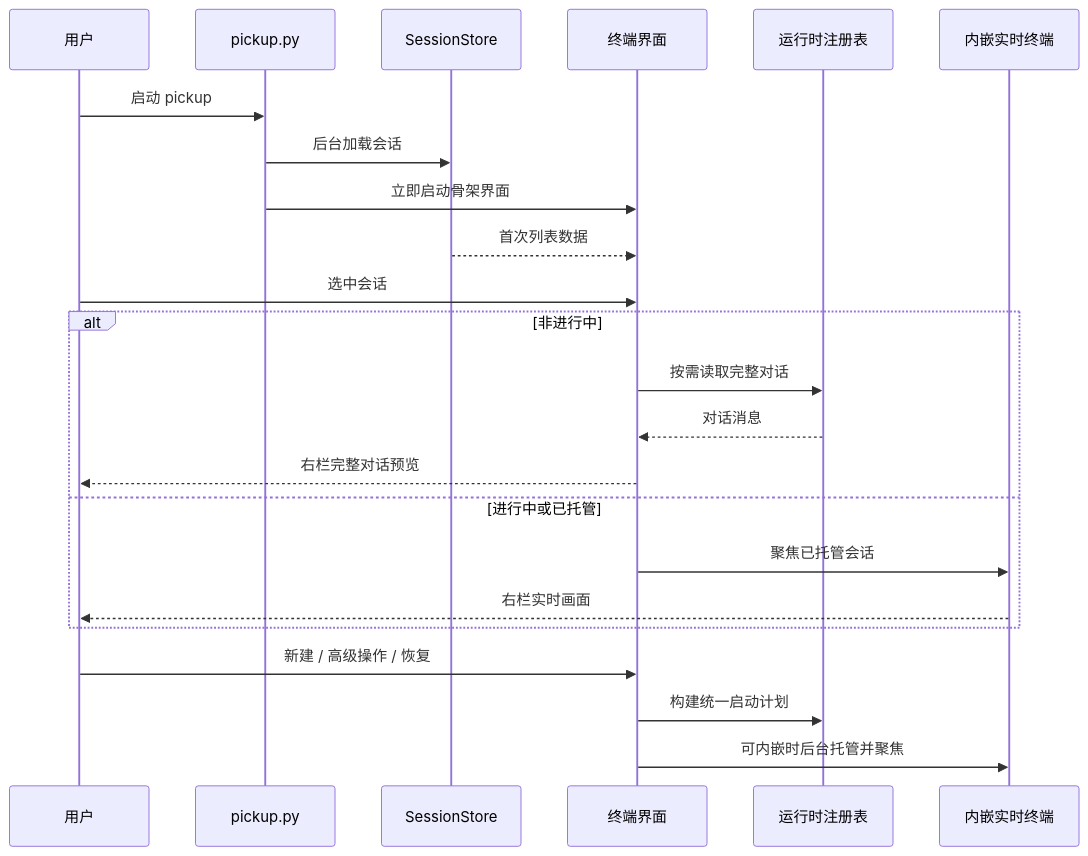
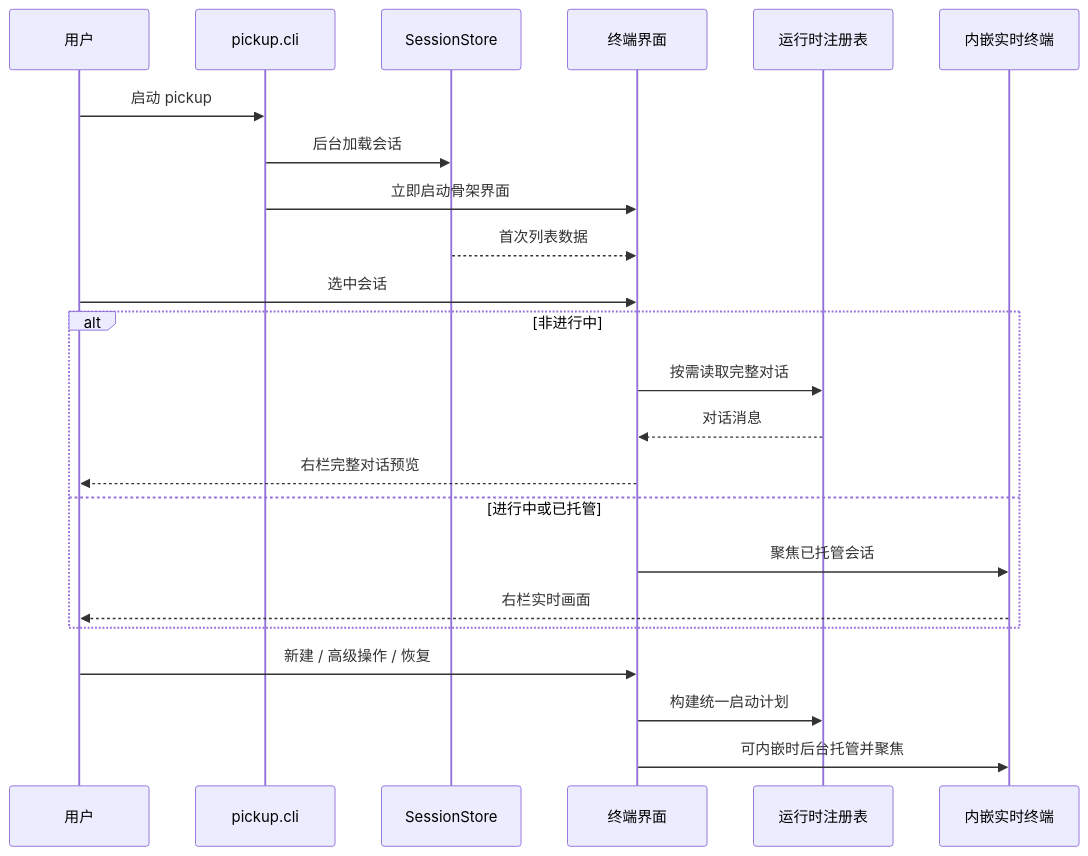
One commit to x0c/session-continue changed the second of 3 diagrams in docs/TERMINAL_UI_KNOWLEDGE_BASE.md. Above: the diagram before and after it, drawn with Mermaid. The commit also changed other lines of this file and 91 other files, not shown here.

````diff
--- a/docs/TERMINAL_UI_KNOWLEDGE_BASE.md
+++ b/docs/TERMINAL_UI_KNOWLEDGE_BASE.md
@@ -59,26 +59,26 @@
 ```mermaid
 sequenceDiagram
     participant U as 用户
-    participant P as pickup.py
+    participant P as pickup.cli
     participant S as SessionStore
     participant M as 终端界面
     participant R as 运行时注册表
     participant E as 内嵌实时终端
 
     U->>P: 启动 pickup
     P->>S: 后台加载会话
     P->>M: 立即启动骨架界面
     S-->>M: 首次列表数据
     U->>M: 选中会话
     alt 非进行中
         M->>R: 按需读取完整对话
         R-->>M: 对话消息
         M-->>U: 右栏完整对话预览
     else 进行中或已托管
         M->>E: 聚焦已托管会话
         E-->>U: 右栏实时画面
     end
     U->>M: 新建 / 高级操作 / 恢复
     M->>R: 构建统一启动计划
     M->>E: 可内嵌时后台托管并聚焦
 ```
````
